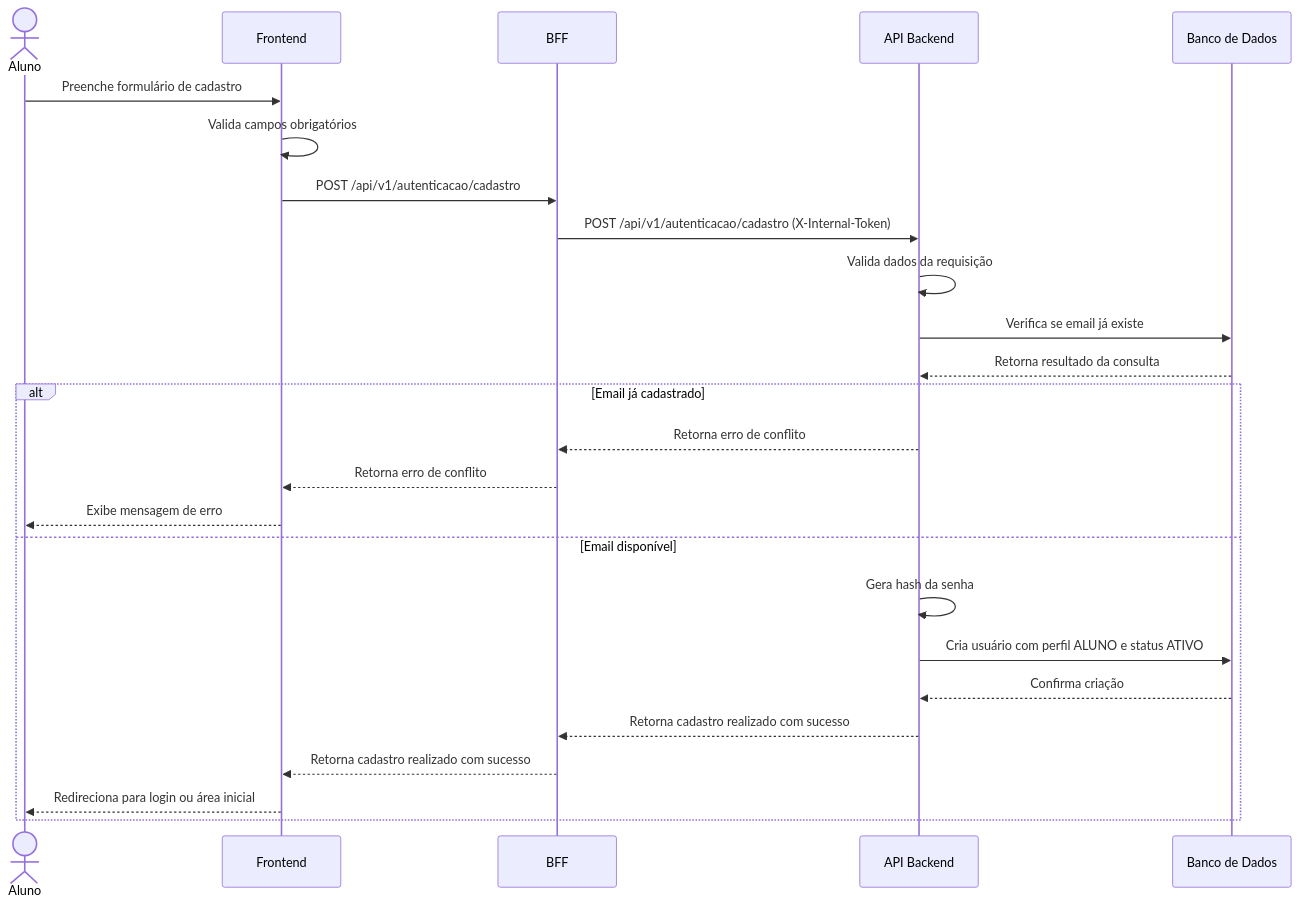
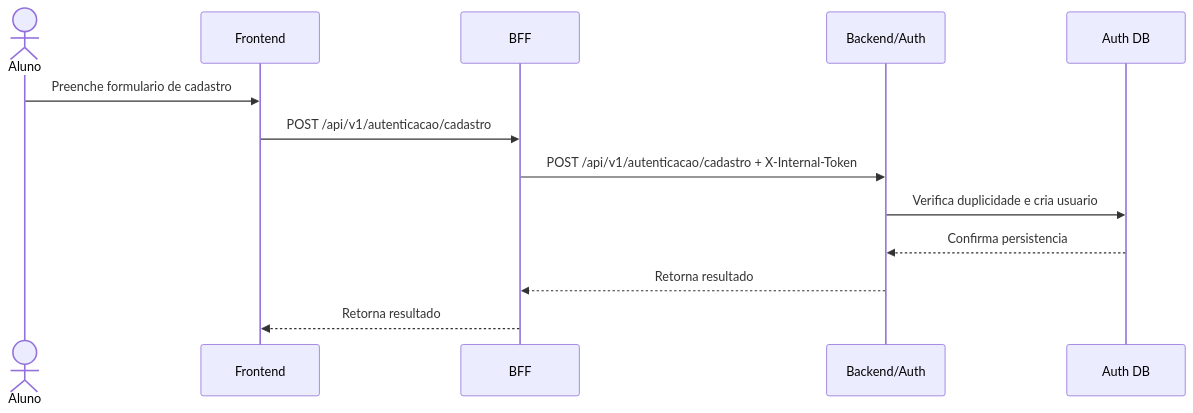
One commit to fga-eps-mds/2026-1-AnatoQuizUp-Doc changed the second of 5 diagrams in docs/arquitetura/visoes/processos.md. Above: the diagram before and after it, drawn with Mermaid. The commit also changed other lines of this file and 10 other files, not shown here.

````diff
--- a/docs/arquitetura/visoes/processos.md
+++ b/docs/arquitetura/visoes/processos.md
@@ -34,29 +33,16 @@
 ```mermaid
 sequenceDiagram
     actor Aluno
     participant Frontend
     participant BFF
-    participant Backend as API Backend
-    participant Banco as Banco de Dados
+    participant Auth as Backend/Auth
+    participant DB as Auth DB
 
-    Aluno->>Frontend: Preenche formulário de cadastro
-    Frontend->>Frontend: Valida campos obrigatórios
+    Aluno->>Frontend: Preenche formulario de cadastro
     Frontend->>BFF: POST /api/v1/autenticacao/cadastro
-    BFF->>Backend: POST /api/v1/autenticacao/cadastro (X-Internal-Token)
-    Backend->>Backend: Valida dados da requisição
-    Backend->>Banco: Verifica se email já existe
-    Banco-->>Backend: Retorna resultado da consulta
-
-    alt Email já cadastrado
-        Backend-->>BFF: Retorna erro de conflito
-        BFF-->>Frontend: Retorna erro de conflito
-        Frontend-->>Aluno: Exibe mensagem de erro
-    else Email disponível
-        Backend->>Backend: Gera hash da senha
-        Backend->>Banco: Cria usuário com perfil ALUNO e status ATIVO
-        Banco-->>Backend: Confirma criação
-        Backend-->>BFF: Retorna cadastro realizado com sucesso
-        BFF-->>Frontend: Retorna cadastro realizado com sucesso
-        Frontend-->>Aluno: Redireciona para login ou área inicial
-    end
+    BFF->>Auth: POST /api/v1/autenticacao/cadastro + X-Internal-Token
+    Auth->>DB: Verifica duplicidade e cria usuario
+    DB-->>Auth: Confirma persistencia
+    Auth-->>BFF: Retorna resultado
+    BFF-->>Frontend: Retorna resultado
 ```
````
